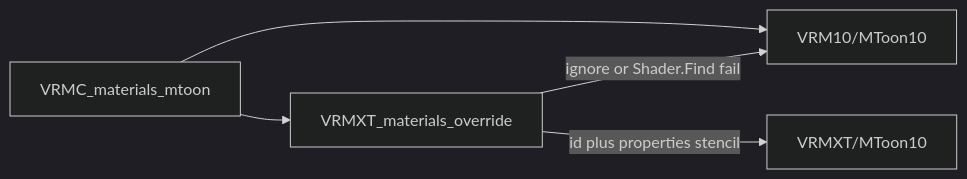
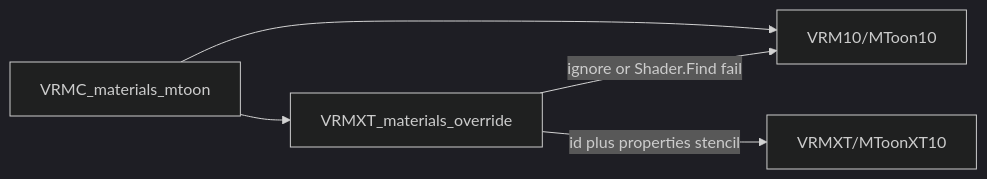
One commit to miramocha/Extended-VRM-Specs changed the diagram in references/research/mtoon10-stencil-shader-fork.md. Above: the diagram before and after it, drawn with Mermaid (dark theme). The commit also changed other lines of this file and 6 other files, not shown here.

````diff
--- a/references/research/mtoon10-stencil-shader-fork.md
+++ b/references/research/mtoon10-stencil-shader-fork.md
@@ -110,11 +110,11 @@
 ```mermaid
 flowchart LR
   stockJson["VRMC_materials_mtoon"]
   stockShader["VRM10/MToon10"]
-  forkShader["VRMXT/MToon10"]
+  forkShader["VRMXT/MToonXT10"]
   override["VRMXT_materials_override"]
   stockJson --> stockShader
   stockJson --> override
   override -->|"id plus properties stencil"| forkShader
   override -->|"ignore or Shader.Find fail"| stockShader
 ```
````
